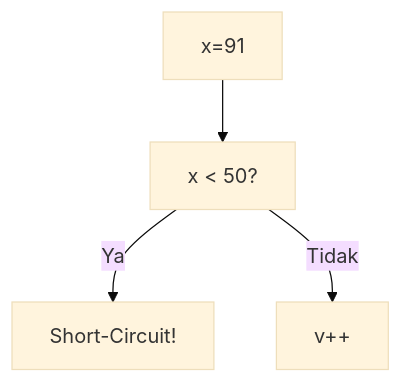
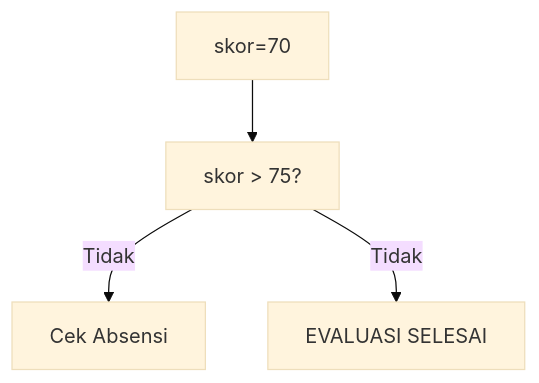
One commit to amnahwaida/OSNK_INF_PREP changed diagram 12 of 25 in part-c-pemahaman-cpp/02-percabangan/latihan/set-07.md. Above: the diagram before and after it, drawn with Mermaid (base theme). The commit also changed other lines of this file and 71 other files, not shown here.

````diff
--- a/part-c-pemahaman-cpp/02-percabangan/latihan/set-07.md
+++ b/part-c-pemahaman-cpp/02-percabangan/latihan/set-07.md
@@ -331,6 +348,6 @@
 ```mermaid
 graph TD
-A["x=91"] --> B["x < 50?"]
-B -- Ya --> C["Short-Circuit!"]
-B -- Tidak --> D["v++"]
+A["skor=70"] --> B["skor > 75?"]
+B -- Tidak --> C["Cek Absensi"]
+B -- Tidak --> D["EVALUASI SELESAI"]
 ```
````
